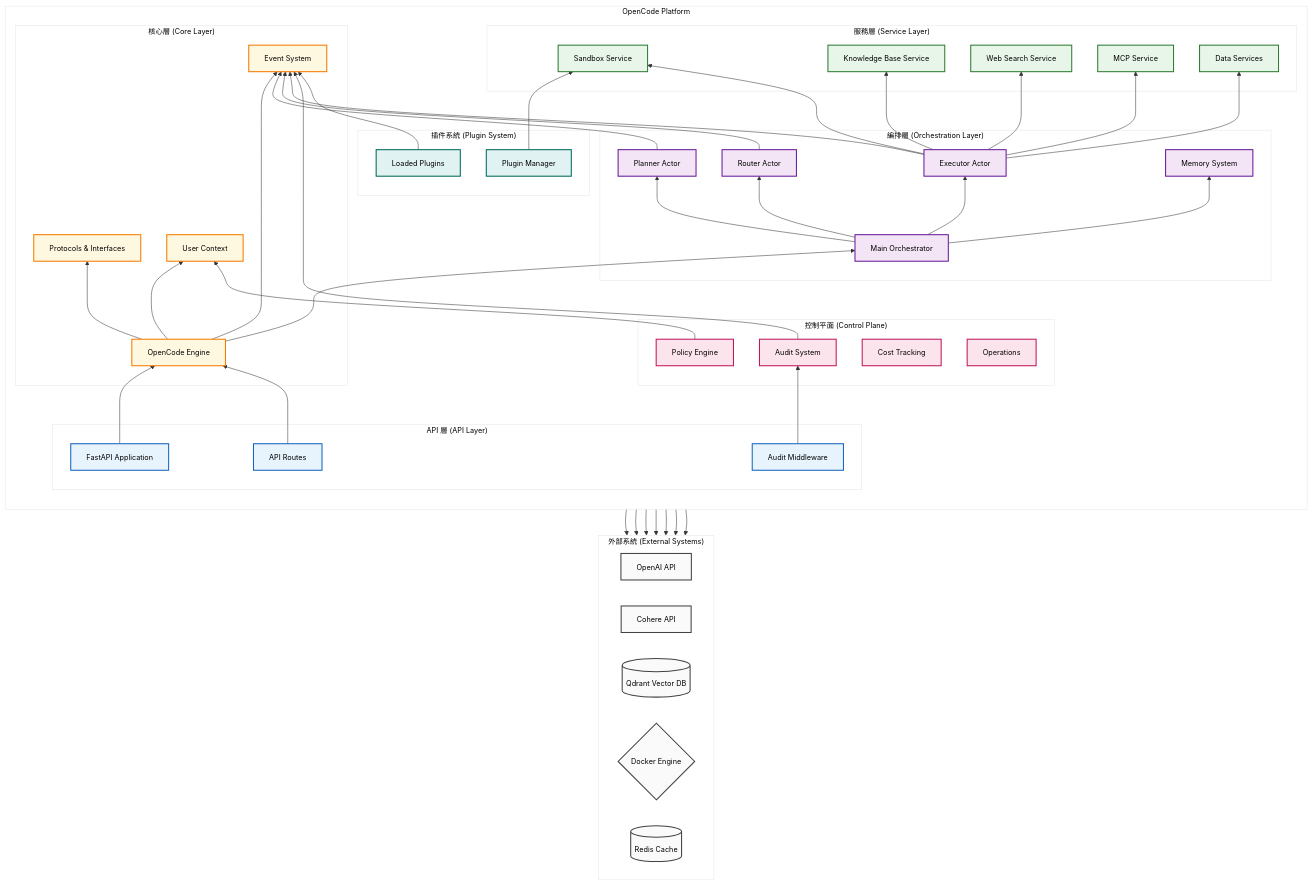
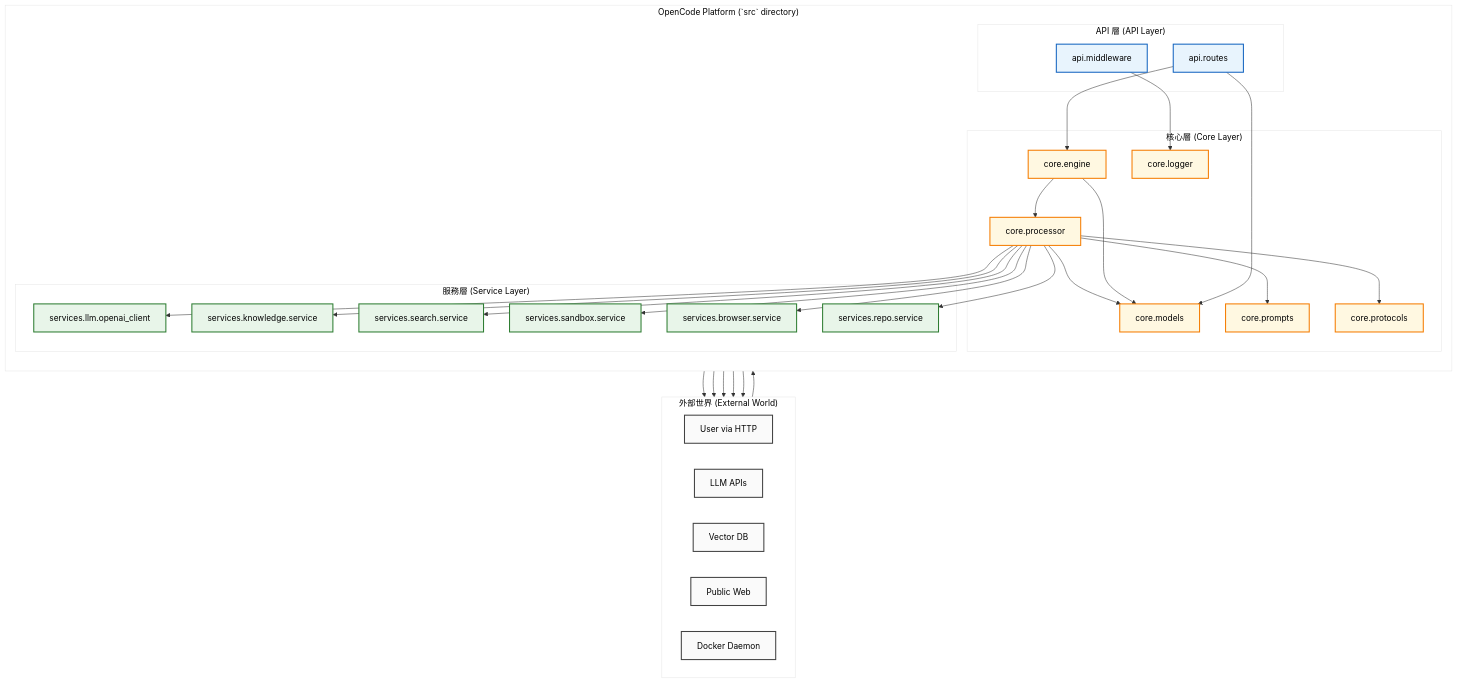
Before and after one commit to Zenobia000/openagent_backend: the diagram in Architecture_Refactoring_Toolkit/project_docs/03_file_dependencies_template.md, drawn with Mermaid. The commit also changed other lines of this file and 5 other files, not shown here.

````diff
--- a/Architecture_Refactoring_Toolkit/project_docs/03_file_dependencies_template.md
+++ b/Architecture_Refactoring_Toolkit/project_docs/03_file_dependencies_template.md
@@ -69,117 +61,80 @@
 ```mermaid
-%%{init: {'theme':'base', 'themeVariables': {'primaryColor':'#ffffff', 'primaryTextColor':'#000000', 'primaryBorderColor':'#333333', 'lineColor':'#333333', 'secondaryColor':'#f5f5f5', 'tertiaryColor':'#ffffff', 'background':'#ffffff', 'mainBkg':'#ffffff', 'secondBkg':'#f9f9f9', 'tertiaryBkg':'#ffffff', 'fontFamily':'Arial, sans-serif', 'fontSize':'14px'}}}%%
+%%{init: {'theme':'base', 'themeVariables': {'primaryColor':'#ffffff', 'primaryTextColor':'#000000', 'primaryBorderColor':'#333333', 'lineColor':'#333333', 'secondaryColor':'#f5f5f5', 'tertiaryColor':'#ffffff'}}}%%
 graph TD
-    subgraph "外部系統 (External Systems)"
+    subgraph "外部世界 (External World)"
         direction LR
-        OpenAI[OpenAI API]
-        Cohere[Cohere API]
-        Qdrant[(Qdrant Vector DB)]
-        Docker{Docker Engine}
-        Redis[(Redis Cache)]
+        User[User via HTTP]
+        LLM_API[LLM APIs]
+        VectorDB[Vector DB]
+        Web[Public Web]
+        DockerDaemon[Docker Daemon]
     end
 
-    subgraph "OpenCode Platform"
-        direction BT
+    subgraph "OpenCode Platform (`src` directory)"
+        direction TB
 
         subgraph "API 層 (API Layer)"
-            FastAPI[FastAPI Application]
-            Middleware[Audit Middleware]
-            Routes[API Routes]
+            A[api.routes]
+            M[api.middleware]
         end
 
         subgraph "核心層 (Core Layer)"
-            Engine[OpenCode Engine]
-            Protocols[Protocols & Interfaces]
-            Events[Event System]
-            Context[User Context]
+            C_Engine[core.engine]
+            C_Processor[core.processor]
+            C_Models[core.models]
+            C_Prompts[core.prompts]
+            C_Protocols[core.protocols]
+            C_Logger[core.logger]
         end
-
-        subgraph "編排層 (Orchestration Layer)"
-            Orchestrator[Main Orchestrator]
-            Planner[Planner Actor]
-            Router[Router Actor]
-            Executor[Executor Actor]
-            Memory[Memory System]
-        end
-
+        
         subgraph "服務層 (Service Layer)"
-            KB[Knowledge Base Service]
-            Sandbox[Sandbox Service]
-            WebSearch[Web Search Service]
-            MCP[MCP Service]
-            DataSvc[Data Services]
-        end
-
-        subgraph "控制平面 (Control Plane)"
-            Audit[Audit System]
-            Cost[Cost Tracking]
-            Policy[Policy Engine]
-            Ops[Operations]
-        end
-
-        subgraph "插件系統 (Plugin System)"
-            PluginMgr[Plugin Manager]
-            Plugins[Loaded Plugins]
+            S_LLM[services.llm.openai_client]
+            S_Knowledge[services.knowledge.service]
+            S_Search[services.search.service]
+            S_Sandbox[services.sandbox.service]
+            S_Browser[services.browser.service]
+            S_Repo[services.repo.service]
         end
     end
 
-    %% API 層依賴
-    FastAPI --> Engine
-    Routes --> Engine
-    Middleware --> Audit
+    %% External to API
+    User --> A
 
-    %% 核心層依賴
-    Engine --> Protocols
-    Engine --> Events
-    Engine --> Context
-    Engine --> Orchestrator
+    %% API Layer Dependencies
+    A --> C_Engine
+    A --> C_Models
+    M --> C_Logger
 
-    %% 編排層內部依賴
-    Orchestrator --> Planner
-    Orchestrator --> Router
-    Orchestrator --> Executor
-    Orchestrator --> Memory
-    Planner --> Events
-    Router --> Events
-    Executor --> Events
+    %% Core Layer Internal Dependencies
+    C_Engine --> C_Processor
+    C_Engine --> C_Models
+    C_Processor --> C_Prompts
+    C_Processor --> C_Protocols
+    C_Processor --> C_Models
+    
+    %% Core Layer to Service Layer (Dependency Inversion via Protocols)
+    C_Processor --> S_LLM
+    C_Processor --> S_Knowledge
+    C_Processor --> S_Search
+    C_Processor --> S_Sandbox
+    C_Processor --> S_Browser
+    C_Processor --> S_Repo
 
-    %% 服務層依賴
-    KB --> Qdrant
-    KB --> OpenAI
-    KB --> Cohere
-    Sandbox --> Docker
-    WebSearch --> OpenAI
-    DataSvc --> Redis
-
-    %% 控制平面依賴
-    Audit --> Events
-    Cost --> OpenAI
-    Policy --> Context
-
-    %% 插件系統依賴
-    PluginMgr --> Sandbox
-    Plugins --> Events
-
-    %% 編排器使用服務
-    Executor --> KB
-    Executor --> Sandbox
-    Executor --> WebSearch
-    Executor --> MCP
-    Executor --> DataSvc
-
+    %% Service Layer to External World
+    S_LLM --> LLM_API
+    S_Knowledge --> VectorDB
+    S_Search --> Web
+    S_Sandbox --> DockerDaemon
+    S_Browser --> Web
+    
+    %% Style Definitions
     classDef api fill:#E8F4FD,stroke:#1565C0,stroke-width:2px,color:#000000
     classDef core fill:#FFF8E1,stroke:#F57C00,stroke-width:2px,color:#000000
-    classDef orchestration fill:#F3E5F5,stroke:#6A1B9A,stroke-width:2px,color:#000000
     classDef service fill:#E8F5E9,stroke:#2E7D32,stroke-width:2px,color:#000000
-    classDef control fill:#FCE4EC,stroke:#C2185B,stroke-width:2px,color:#000000
-    classDef plugin fill:#E0F2F1,stroke:#00695C,stroke-width:2px,color:#000000
     classDef external fill:#FAFAFA,stroke:#424242,stroke-width:2px,color:#000000
 
-    class FastAPI,Middleware,Routes api
-    class Engine,Protocols,Events,Context core
-    class Orchestrator,Planner,Router,Executor,Memory orchestration
-    class KB,Sandbox,WebSearch,MCP,DataSvc service
-    class Audit,Cost,Policy,Ops control
-    class PluginMgr,Plugins plugin
-    class OpenAI,Cohere,Qdrant,Docker,Redis external
+    class A,M api
+    class C_Engine,C_Processor,C_Models,C_Prompts,C_Protocols,C_Logger core
+    class S_LLM,S_Knowledge,S_Search,S_Sandbox,S_Browser,S_Repo service
+    class User,LLM_API,VectorDB,Web,DockerDaemon external
 ```
````
